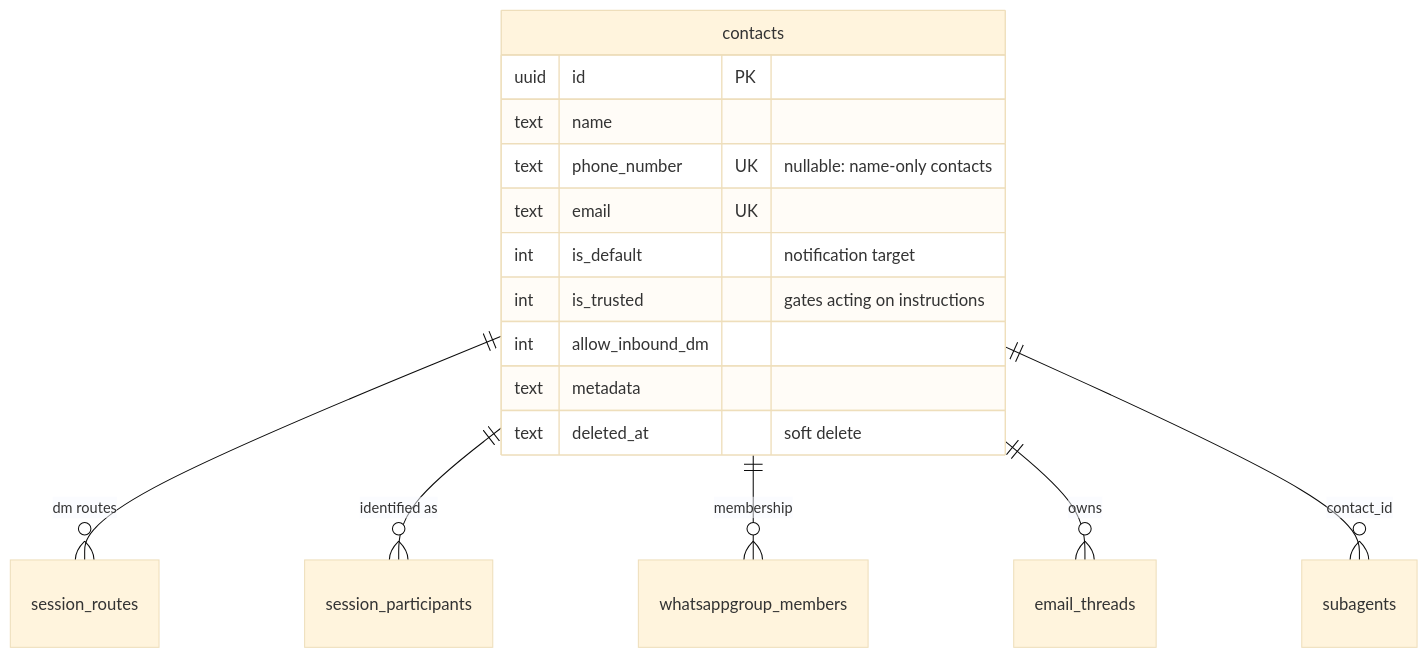
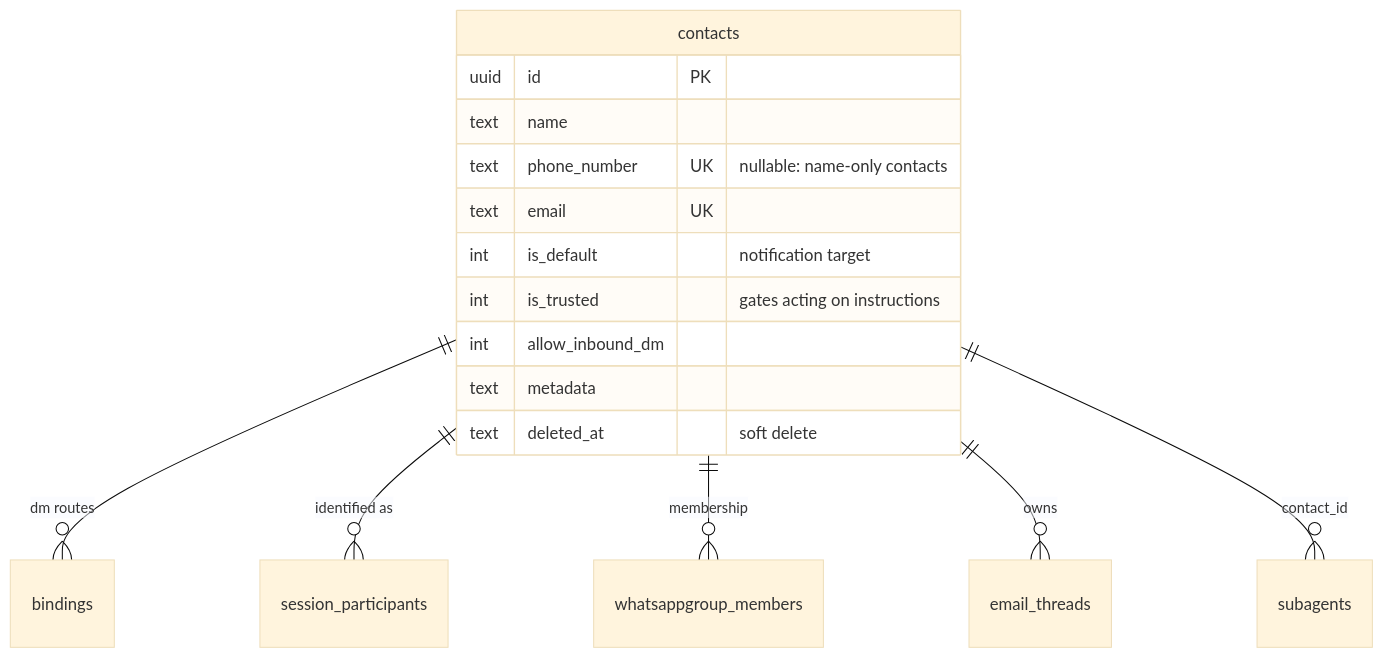
One commit to mike-crabcat/bob changed the third of 10 diagrams in docs/datamodel.md. Above: the diagram before and after it, drawn with Mermaid (base theme). The commit also changed other lines of this file and 25 other files, not shown here.

First line of the commit message:
Increment 4 complete: drop session_routes; bindings own routing

````diff
--- a/docs/datamodel.md
+++ b/docs/datamodel.md
@@ -237,20 +228,20 @@
 ```mermaid
 erDiagram
-    contacts ||--o{ session_routes : "dm routes"
+    contacts ||--o{ bindings : "dm routes"
     contacts ||--o{ session_participants : "identified as"
     contacts ||--o{ whatsappgroup_members : "membership"
     contacts ||--o{ email_threads : "owns"
     contacts ||--o{ subagents : "contact_id"
 
     contacts {
         uuid id PK
         text name
         text phone_number UK "nullable: name-only contacts"
         text email UK
         int is_default "notification target"
         int is_trusted "gates acting on instructions"
         int allow_inbound_dm
         text metadata
         text deleted_at "soft delete"
     }
 ```
````
